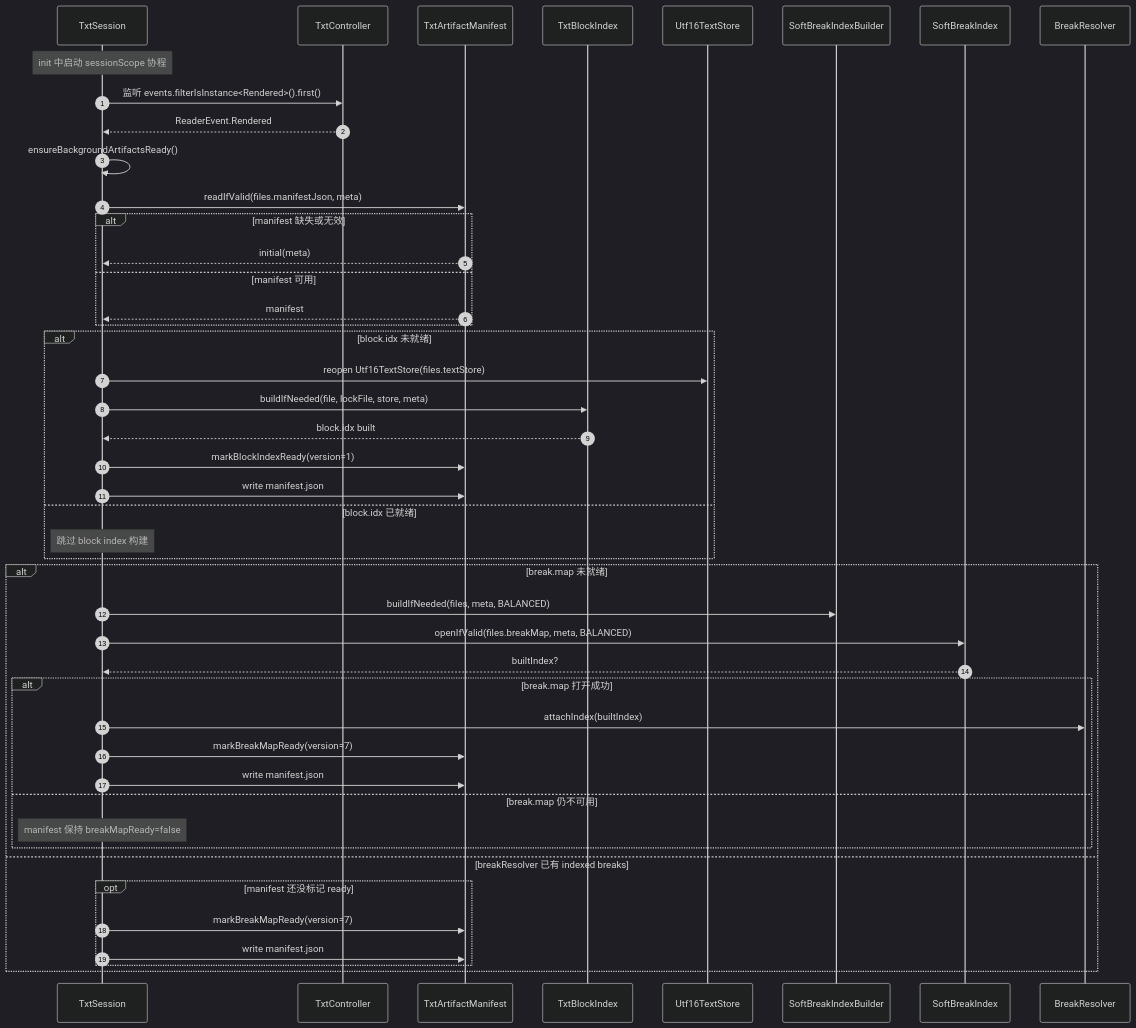
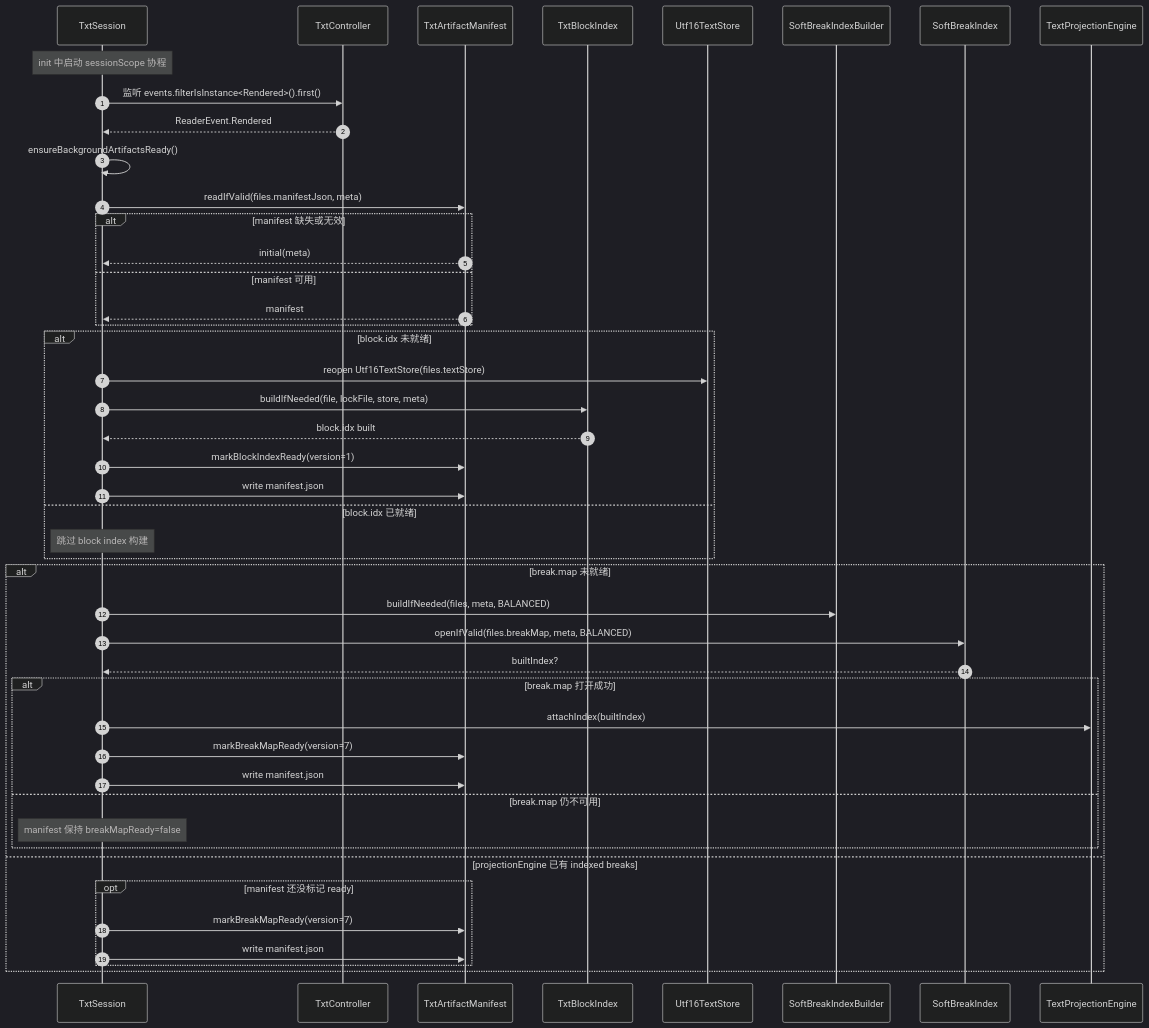
One commit to wuShan-n/iReader changed the third of 8 diagrams in doc/txt-reading-sequence.md. Above: the diagram before and after it, drawn with Mermaid (dark theme). The commit also changed other lines of this file and 102 other files, not shown here.

````diff
--- a/doc/txt-reading-sequence.md
+++ b/doc/txt-reading-sequence.md
@@ -243,52 +243,52 @@
 ```mermaid
 sequenceDiagram
     autonumber
     participant TxtSession as TxtSession
     participant Controller as TxtController
     participant Manifest as TxtArtifactManifest
     participant BlockIndex as TxtBlockIndex
     participant Store as Utf16TextStore
     participant BreakBuilder as SoftBreakIndexBuilder
     participant BreakIndex as SoftBreakIndex
-    participant BreakResolver as BreakResolver
+    participant TextProjectionEngine as TextProjectionEngine
 
     Note over TxtSession: init 中启动 sessionScope 协程
     TxtSession->>Controller: 监听 events.filterIsInstance<Rendered>().first()
     Controller-->>TxtSession: ReaderEvent.Rendered
     TxtSession->>TxtSession: ensureBackgroundArtifactsReady()
 
     TxtSession->>Manifest: readIfValid(files.manifestJson, meta)
     alt manifest 缺失或无效
         Manifest-->>TxtSession: initial(meta)
     else manifest 可用
         Manifest-->>TxtSession: manifest
     end
 
     alt block.idx 未就绪
         TxtSession->>Store: reopen Utf16TextStore(files.textStore)
         TxtSession->>BlockIndex: buildIfNeeded(file, lockFile, store, meta)
         BlockIndex-->>TxtSession: block.idx built
         TxtSession->>Manifest: markBlockIndexReady(version=1)
         TxtSession->>Manifest: write manifest.json
     else block.idx 已就绪
         Note over TxtSession: 跳过 block index 构建
     end
 
     alt break.map 未就绪
         TxtSession->>BreakBuilder: buildIfNeeded(files, meta, BALANCED)
         TxtSession->>BreakIndex: openIfValid(files.breakMap, meta, BALANCED)
         BreakIndex-->>TxtSession: builtIndex?
         alt break.map 打开成功
-            TxtSession->>BreakResolver: attachIndex(builtIndex)
+            TxtSession->>TextProjectionEngine: attachIndex(builtIndex)
             TxtSession->>Manifest: markBreakMapReady(version=7)
             TxtSession->>Manifest: write manifest.json
         else break.map 仍不可用
             Note over TxtSession: manifest 保持 breakMapReady=false
         end
-    else breakResolver 已有 indexed breaks
+    else projectionEngine 已有 indexed breaks
         opt manifest 还没标记 ready
             TxtSession->>Manifest: markBreakMapReady(version=7)
             TxtSession->>Manifest: write manifest.json
         end
     end
 ```
````
